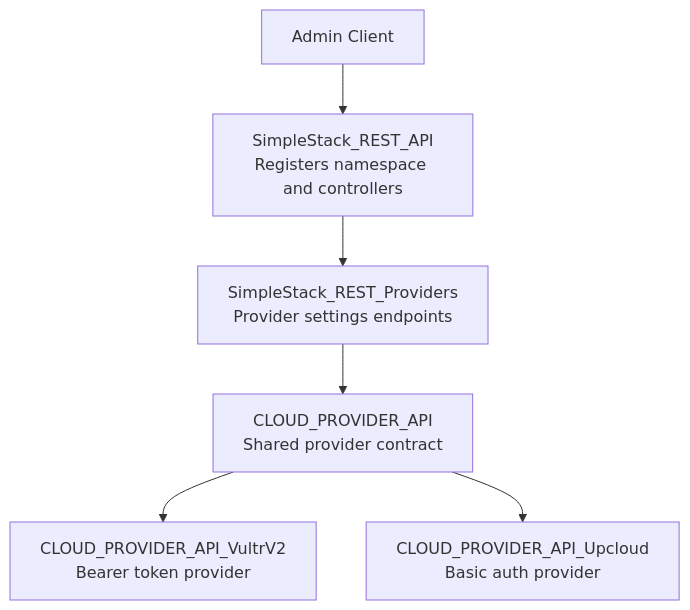
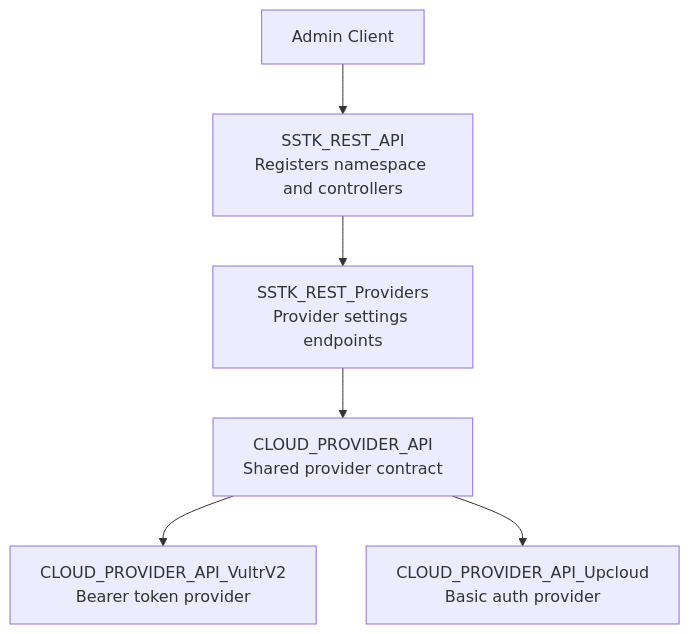
One commit to onedogsolutions/simple-stack changed the first of 4 diagrams in .qoder/repowiki/en/content/REST API Reference/Providers API.md. Above: the diagram before and after it, drawn with Mermaid. The commit also changed other lines of this file and 5941 other files, not shown here.

First line of the commit message:
refactor(core): rebrand WPCloudDeploy to Simple Stack with new namespaces and prefixes

````diff
--- a/.qoder/repowiki/en/content/REST API Reference/Providers API.md
+++ b/.qoder/repowiki/en/content/REST API Reference/Providers API.md
@@ -42,8 +42,8 @@
 ```mermaid
 graph TB
-Client["Admin Client"] --> RESTAPI["SimpleStack_REST_API<br/>Registers namespace and controllers"]
-RESTAPI --> ProvidersController["SimpleStack_REST_Providers<br/>Provider settings endpoints"]
+Client["Admin Client"] --> RESTAPI["SSTK_REST_API<br/>Registers namespace and controllers"]
+RESTAPI --> ProvidersController["SSTK_REST_Providers<br/>Provider settings endpoints"]
 ProvidersController --> BaseProvider["CLOUD_PROVIDER_API<br/>Shared provider contract"]
 BaseProvider --> Vultr["CLOUD_PROVIDER_API_VultrV2<br/>Bearer token provider"]
 BaseProvider --> Upcloud["CLOUD_PROVIDER_API_Upcloud<br/>Basic auth provider"]
 ```
````
